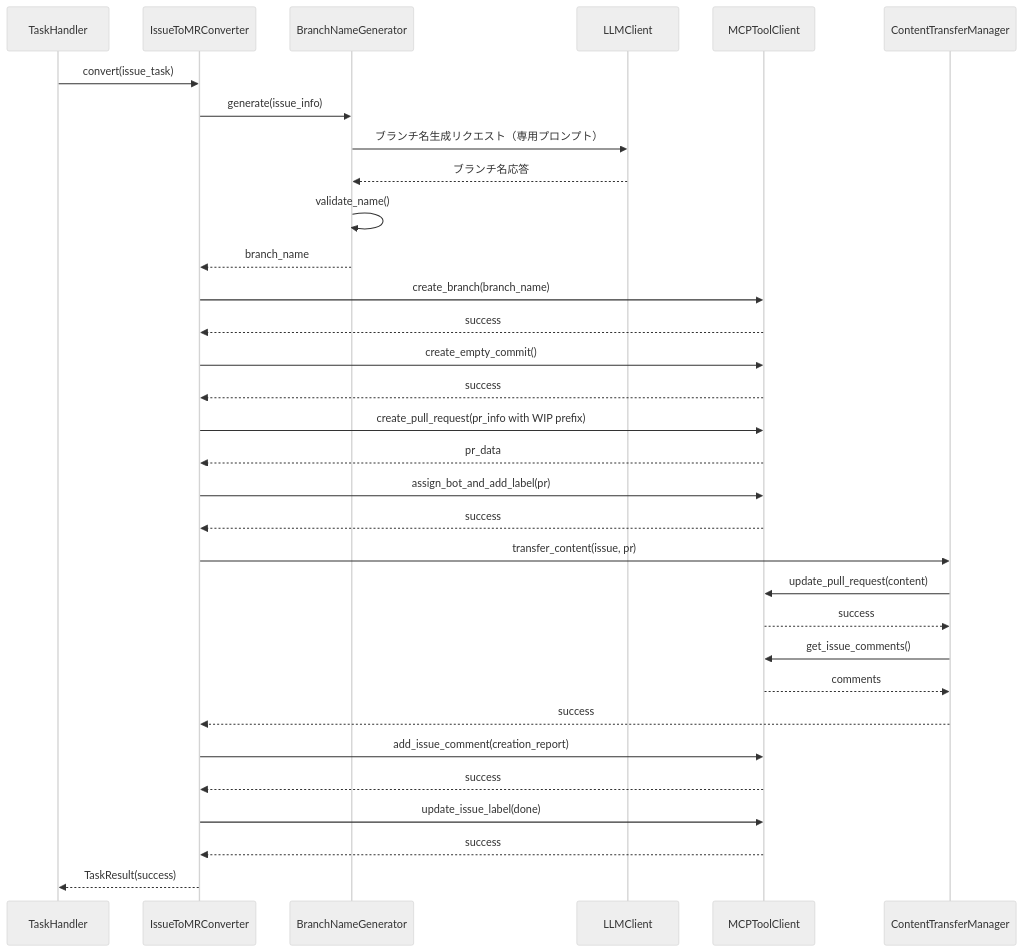
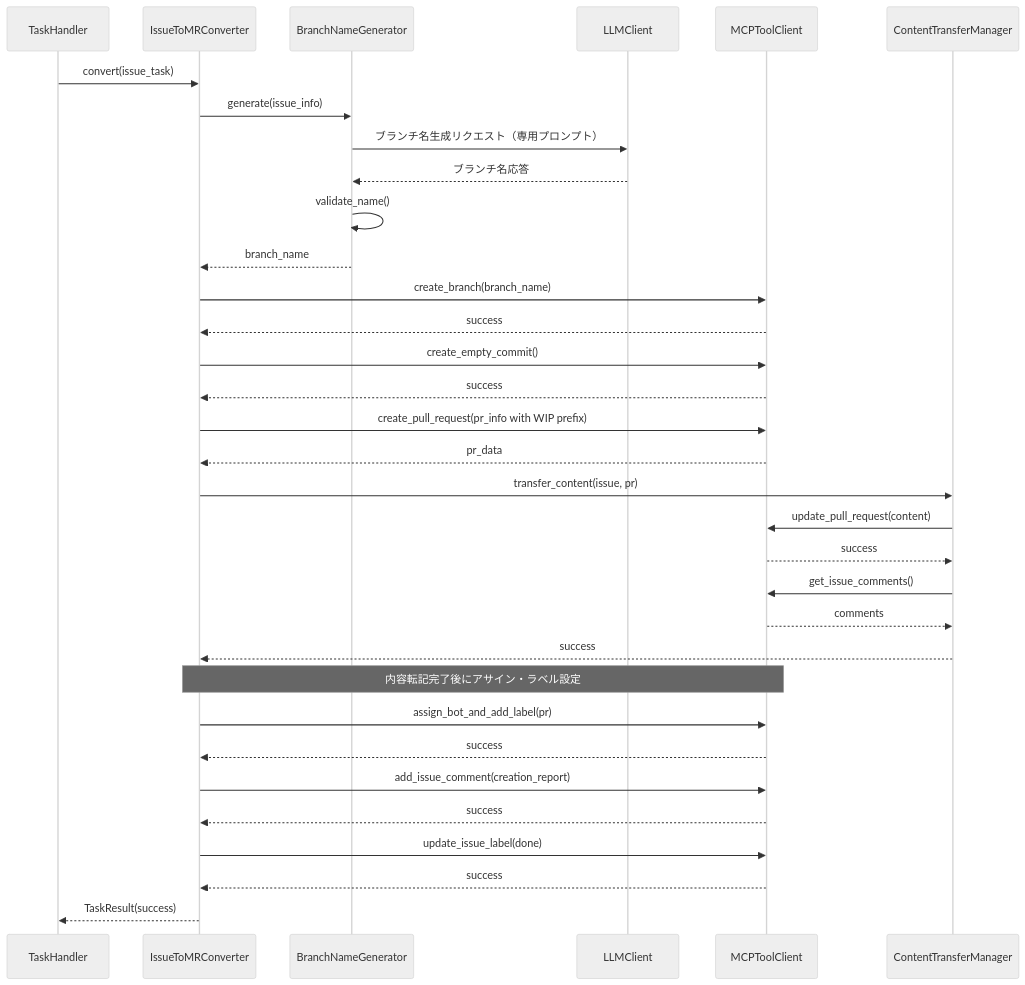
The third of 3 diagrams in docs/spec/ISSUE_TO_MR_CONVERSION_SPECIFICATION.md (notfolder/coding_agent), drawn with Mermaid (neutral theme) before and after one commit. The commit also changed other lines of this file, not shown here.

````diff
--- a/docs/spec/ISSUE_TO_MR_CONVERSION_SPECIFICATION.md
+++ b/docs/spec/ISSUE_TO_MR_CONVERSION_SPECIFICATION.md
@@ -440,43 +449,44 @@
 ```mermaid
 sequenceDiagram
     participant TH as TaskHandler
     participant IC as IssueToMRConverter
     participant BNG as BranchNameGenerator
     participant LLM as LLMClient
     participant MCP as MCPToolClient
     participant CTM as ContentTransferManager
 
     TH->>IC: convert(issue_task)
     IC->>BNG: generate(issue_info)
     BNG->>LLM: ブランチ名生成リクエスト（専用プロンプト）
     LLM-->>BNG: ブランチ名応答
     BNG->>BNG: validate_name()
     BNG-->>IC: branch_name
     
     IC->>MCP: create_branch(branch_name)
     MCP-->>IC: success
     
     IC->>MCP: create_empty_commit()
     MCP-->>IC: success
     
     IC->>MCP: create_pull_request(pr_info with WIP prefix)
     MCP-->>IC: pr_data
     
-    IC->>MCP: assign_bot_and_add_label(pr)
-    MCP-->>IC: success
-    
     IC->>CTM: transfer_content(issue, pr)
     CTM->>MCP: update_pull_request(content)
     MCP-->>CTM: success
     CTM->>MCP: get_issue_comments()
     MCP-->>CTM: comments
     CTM-->>IC: success
+    
+    Note over IC,MCP: 内容転記完了後にアサイン・ラベル設定
+    IC->>MCP: assign_bot_and_add_label(pr)
+    MCP-->>IC: success
     
     IC->>MCP: add_issue_comment(creation_report)
     MCP-->>IC: success
     
     IC->>MCP: update_issue_label(done)
     MCP-->>IC: success
     
     IC-->>TH: TaskResult(success)
 ```
````
